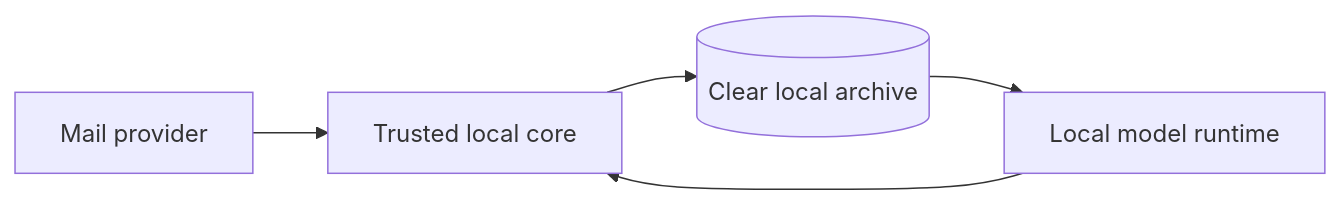
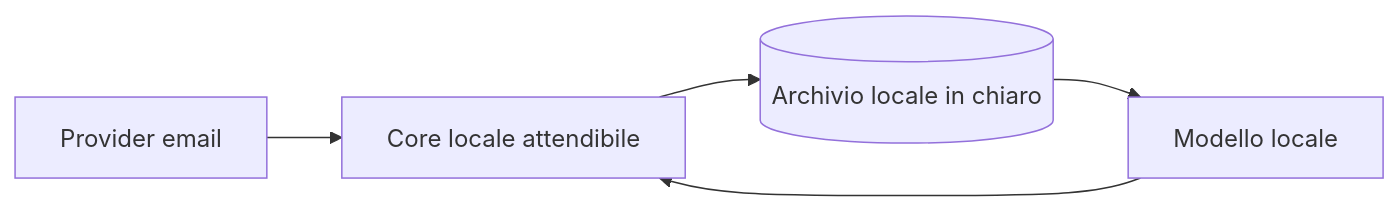
Before and after one commit to Wulfgardr/work-assistant: the diagram in docs/security/pseudonymization/diagrams/agent-privacy-boundary-local-model-after.mmd, drawn with Mermaid. The commit also changed 38 other files, not shown here.

```diff
--- a/docs/security/pseudonymization/diagrams/agent-privacy-boundary-local-model-after.mmd
+++ b/docs/security/pseudonymization/diagrams/agent-privacy-boundary-local-model-after.mmd
@@ -1,5 +1,5 @@
 flowchart LR
-  Provider[Mail provider] --> Core[Trusted local core]
-  Core --> Archive[(Clear local archive)]
-  Archive --> Model[Local model runtime]
-  Model --> Core
+  Provider[Provider email] --> Core[Core locale attendibile]
+  Core --> Archivio[(Archivio locale in chiaro)]
+  Archivio --> Modello[Modello locale]
+  Modello --> Core
```
